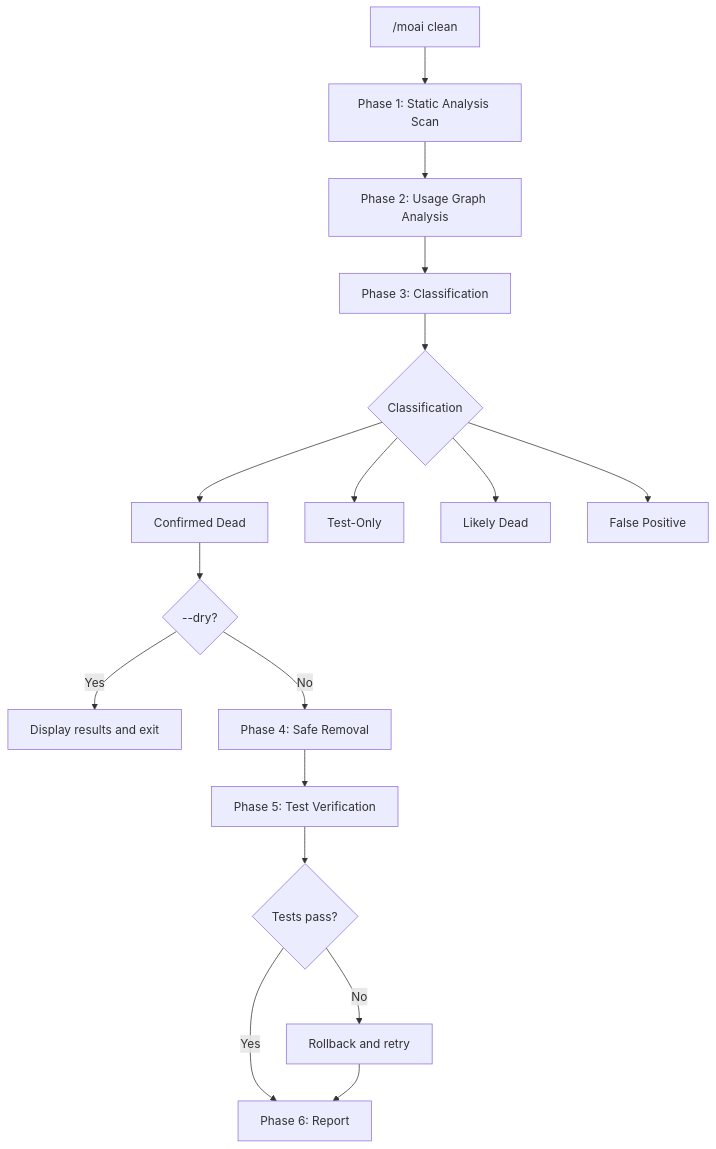
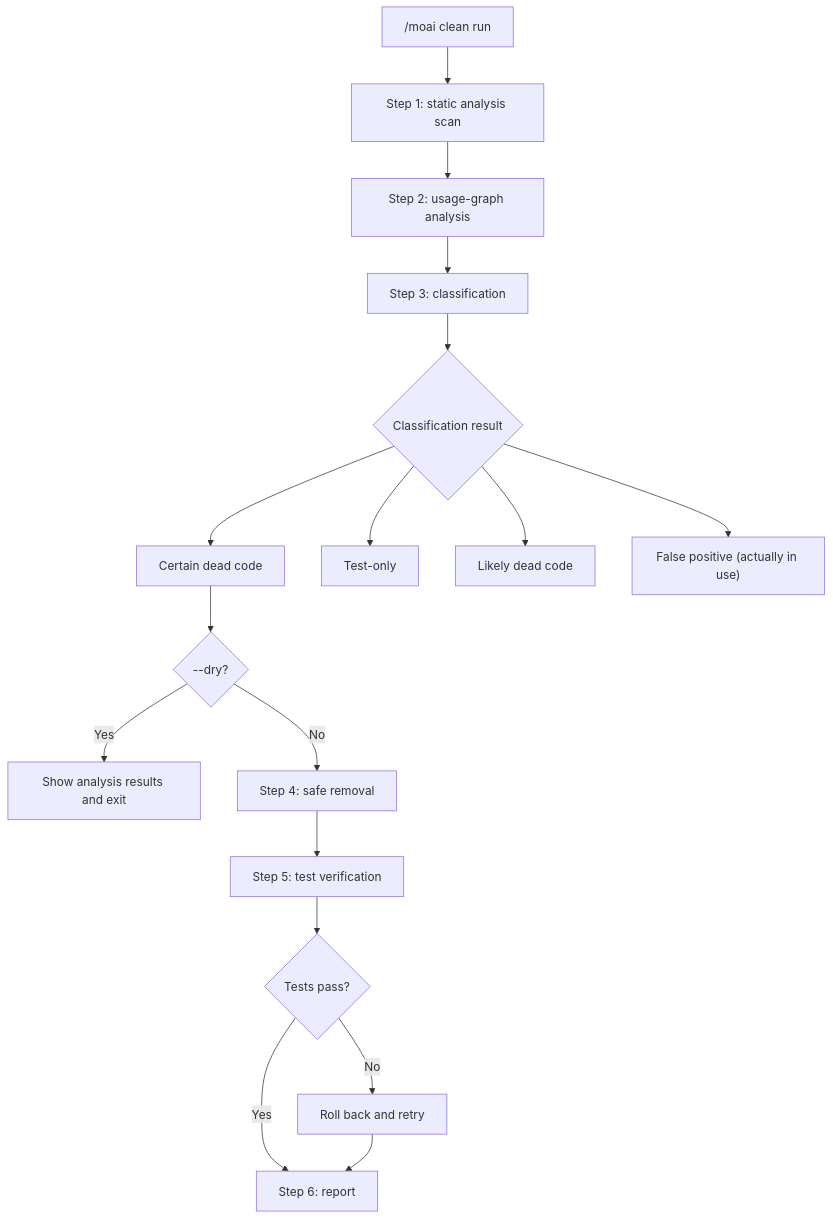
One commit to modu-ai/moai-adk changed the first of 2 diagrams in docs-site/content/en/utility-commands/moai-clean.md. Above: the diagram before and after it, drawn with Mermaid. The commit also changed other lines of this file and 395 other files, not shown here.

````diff
--- a/docs-site/content/en/utility-commands/moai-clean.md
+++ b/docs-site/content/en/utility-commands/moai-clean.md
@@ -74,23 +76,23 @@
 ```mermaid
 flowchart TD
-    Start["/moai clean"] --> Phase1["Phase 1: Static Analysis Scan"]
+    Start["/moai clean run"] --> Phase1["Step 1: static analysis scan"]
 
-    Phase1 --> Phase2["Phase 2: Usage Graph Analysis"]
+    Phase1 --> Phase2["Step 2: usage-graph analysis"]
 
-    Phase2 --> Phase3["Phase 3: Classification"]
-    Phase3 --> Classify{"Classification"}
-    Classify --> Dead["Confirmed Dead"]
-    Classify --> TestOnly["Test-Only"]
-    Classify --> Likely["Likely Dead"]
-    Classify --> False["False Positive"]
+    Phase2 --> Phase3["Step 3: classification"]
+    Phase3 --> Classify{"Classification result"}
+    Classify --> Dead["Certain dead code"]
+    Classify --> TestOnly["Test-only"]
+    Classify --> Likely["Likely dead code"]
+    Classify --> False["False positive (actually in use)"]
 
     Dead --> Approval{"--dry?"}
-    Approval -->|Yes| Report["Display results and exit"]
-    Approval -->|No| Phase4["Phase 4: Safe Removal"]
+    Approval -->|Yes| Report["Show analysis results and exit"]
+    Approval -->|No| Phase4["Step 4: safe removal"]
 
-    Phase4 --> Phase5["Phase 5: Test Verification"]
+    Phase4 --> Phase5["Step 5: test verification"]
     Phase5 --> Pass{"Tests pass?"}
-    Pass -->|Yes| Phase6["Phase 6: Report"]
-    Pass -->|No| Rollback["Rollback and retry"]
+    Pass -->|Yes| Phase6["Step 6: report"]
+    Pass -->|No| Rollback["Roll back and retry"]
     Rollback --> Phase6
 ```
````
